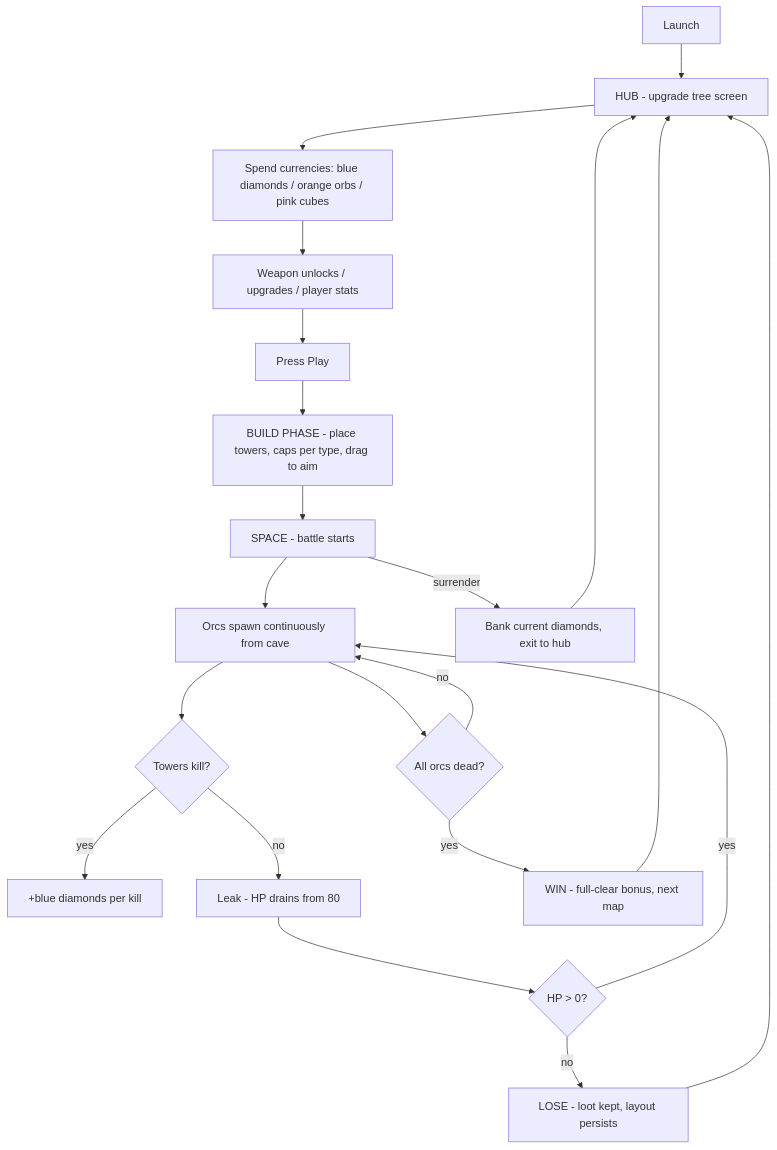
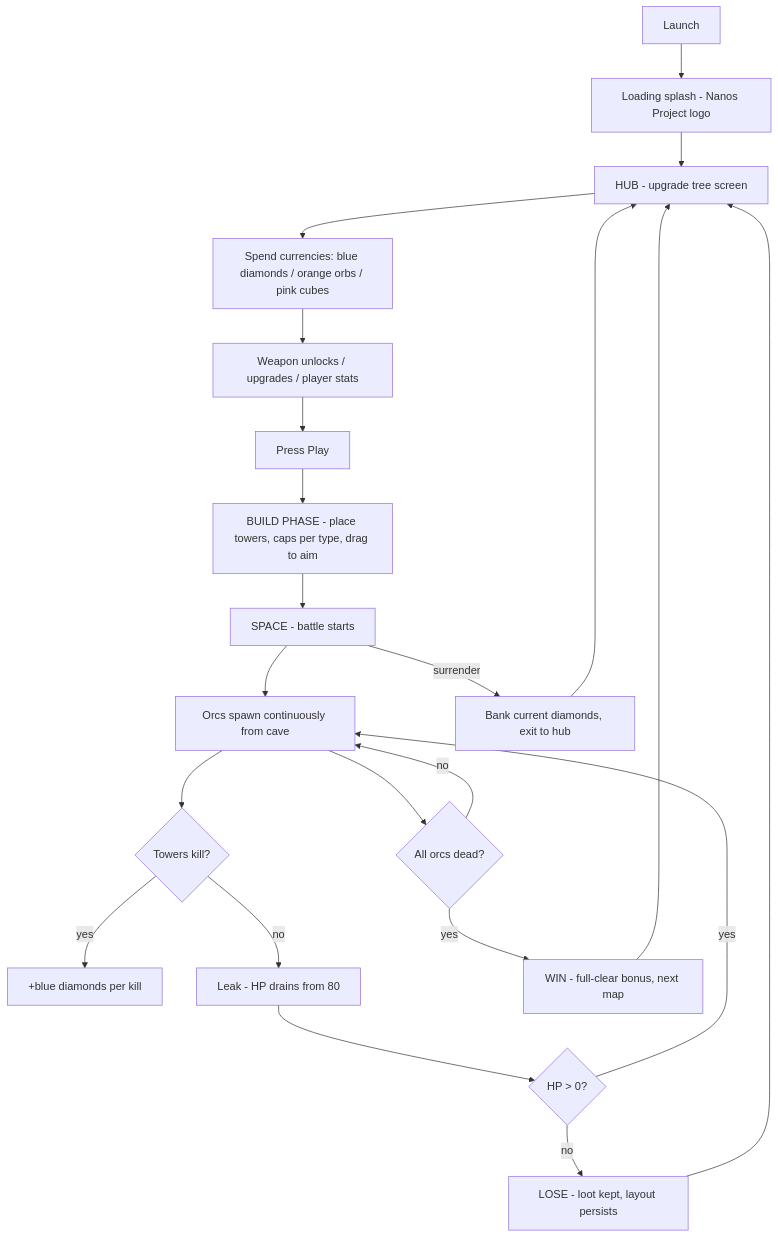
One commit to grave0x/moonshell changed the first of 3 diagrams in SPEC.md. Above: the diagram before and after it, drawn with Mermaid. The commit also changed 1 other file, not shown here.

Commit message:
SPEC: loading-splash node in player flow; spike: strict + strict_lto build profiles
Authored by session 01a02ee3 (ended before committing; preserved from the
working tree by 01a02ede). strict = release + overflow checks + debug
assertions; strict_lto = fat LTO — for measuring the cost of safety/optimization
in the perf harness.

````diff
--- a/SPEC.md
+++ b/SPEC.md
@@ -43,23 +43,24 @@
 ```mermaid
 flowchart TD
-    A[Launch] --> B[HUB - upgrade tree screen]
+    A[Launch] --> S[Loading splash - Nanos Project logo]
+    S --> B[HUB - upgrade tree screen]
     B --> C[Spend currencies: blue diamonds / orange orbs / pink cubes]
     C --> D[Weapon unlocks / upgrades / player stats]
     D --> E[Press Play]
     E --> F[BUILD PHASE - place towers, caps per type, drag to aim]
     F --> G[SPACE - battle starts]
     G --> H[Orcs spawn continuously from cave]
     H --> I{Towers kill?}
     I -->|yes| J[+blue diamonds per kill]
     I -->|no| K[Leak - HP drains from 80]
     K --> L{HP > 0?}
     L -->|yes| H
     L -->|no| M[LOSE - loot kept, layout persists]
     H --> N{All orcs dead?}
     N -->|no| H
     N -->|yes| O[WIN - full-clear bonus, next map]
     G -->|surrender| P[Bank current diamonds, exit to hub]
     M --> B
     O --> B
     P --> B
 ```
````
